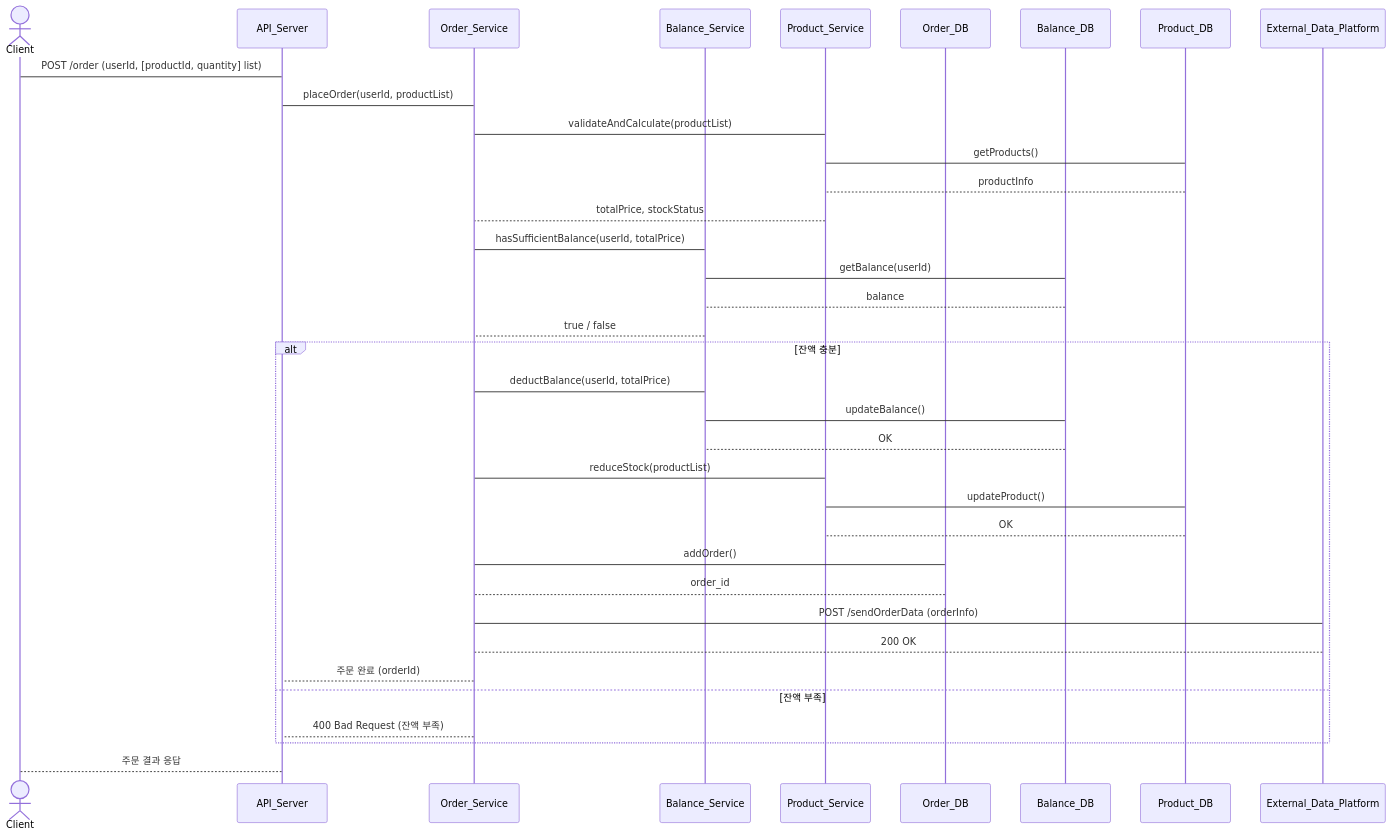
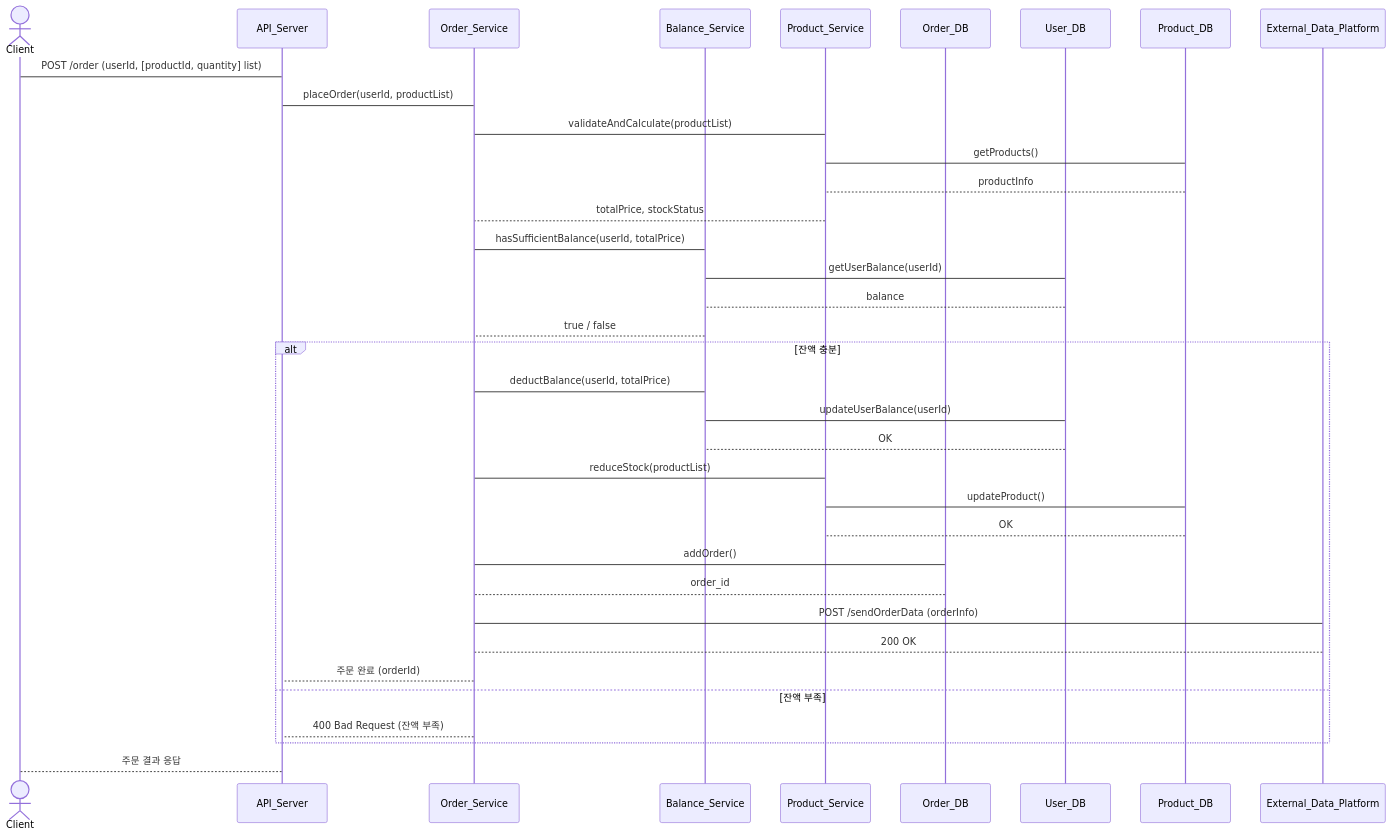
One commit to JihyeO/hh99-server-e-commerce changed the fourth of 5 diagrams in README.md. Above: the diagram before and after it, drawn with Mermaid.

Commit message:
Update Sequence Diagram

````diff
--- a/README.md
+++ b/README.md
@@ -70,47 +70,47 @@
 ```mermaid
 sequenceDiagram
     Actor Client
     Participant API_Server
     Participant Order_Service
     Participant Balance_Service
     Participant Product_Service
     Participant Order_DB
-    Participant Balance_DB
+    Participant User_DB
     Participant Product_DB
     Participant External_Data_Platform
 
     Client -> API_Server: POST /order (userId, [productId, quantity] list)
     API_Server -> Order_Service: placeOrder(userId, productList)
 
     Order_Service -> Product_Service: validateAndCalculate(productList)
     Product_Service -> Product_DB: getProducts()
     Product_DB --> Product_Service: productInfo
     Product_Service --> Order_Service: totalPrice, stockStatus
 
     Order_Service -> Balance_Service: hasSufficientBalance(userId, totalPrice)
-    Balance_Service -> Balance_DB: getBalance(userId)
-    Balance_DB --> Balance_Service: balance
+    Balance_Service -> User_DB: getUserBalance(userId)
+    User_DB --> Balance_Service: balance
     Balance_Service --> Order_Service: true / false
 
     alt 잔액 충분
         Order_Service -> Balance_Service: deductBalance(userId, totalPrice)
-        Balance_Service -> Balance_DB: updateBalance()
-        Balance_DB --> Balance_Service: OK
+        Balance_Service -> User_DB: updateUserBalance(userId)
+        User_DB --> Balance_Service: OK
 
         Order_Service -> Product_Service: reduceStock(productList)
         Product_Service -> Product_DB: updateProduct()
         Product_DB --> Product_Service: OK
 
         Order_Service -> Order_DB: addOrder()
         Order_DB --> Order_Service: order_id
 
         Order_Service -> External_Data_Platform: POST /sendOrderData (orderInfo)
         External_Data_Platform --> Order_Service: 200 OK
 
         Order_Service --> API_Server: 주문 완료 (orderId)
     else 잔액 부족
         Order_Service --> API_Server: 400 Bad Request (잔액 부족)
     end
 
     API_Server --> Client: 주문 결과 응답
 ```
````
